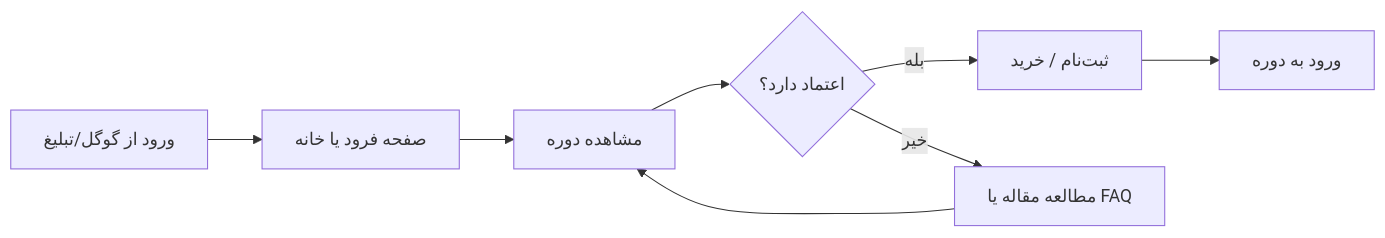
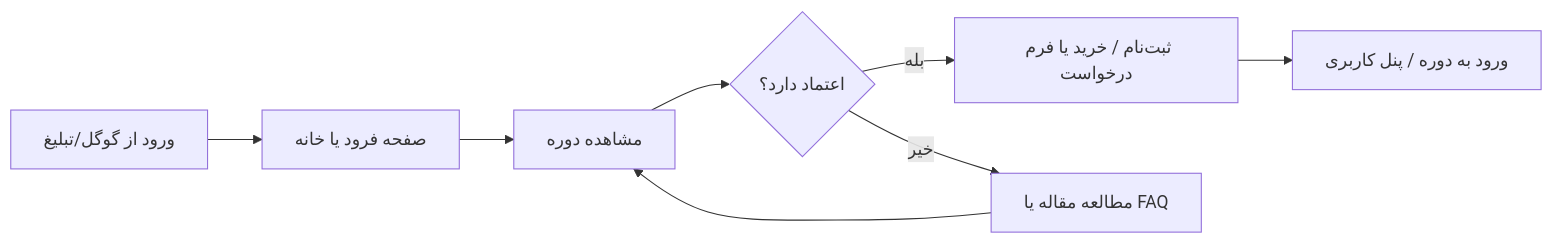
Before and after one commit to im-jvd2/Medical-Business: the second of 2 diagrams in docs/05-site-architecture.md, drawn with Mermaid. The commit also changed other lines of this file and 32 other files, not shown here.

````diff
--- a/docs/05-site-architecture.md
+++ b/docs/05-site-architecture.md
@@ -61,10 +70,10 @@
 ```mermaid
 flowchart LR
     A[ورود از گوگل/تبلیغ] --> B[صفحه فرود یا خانه]
     B --> C[مشاهده دوره]
     C --> D{اعتماد دارد؟}
-    D -- بله --> E[ثبت‌نام / خرید]
+    D -- بله --> E[ثبت‌نام / خرید یا فرم درخواست]
     D -- خیر --> F[مطالعه مقاله یا FAQ]
     F --> C
-    E --> G[ورود به دوره]
+    E --> G[ورود به دوره / پنل کاربری]
 ```
````
